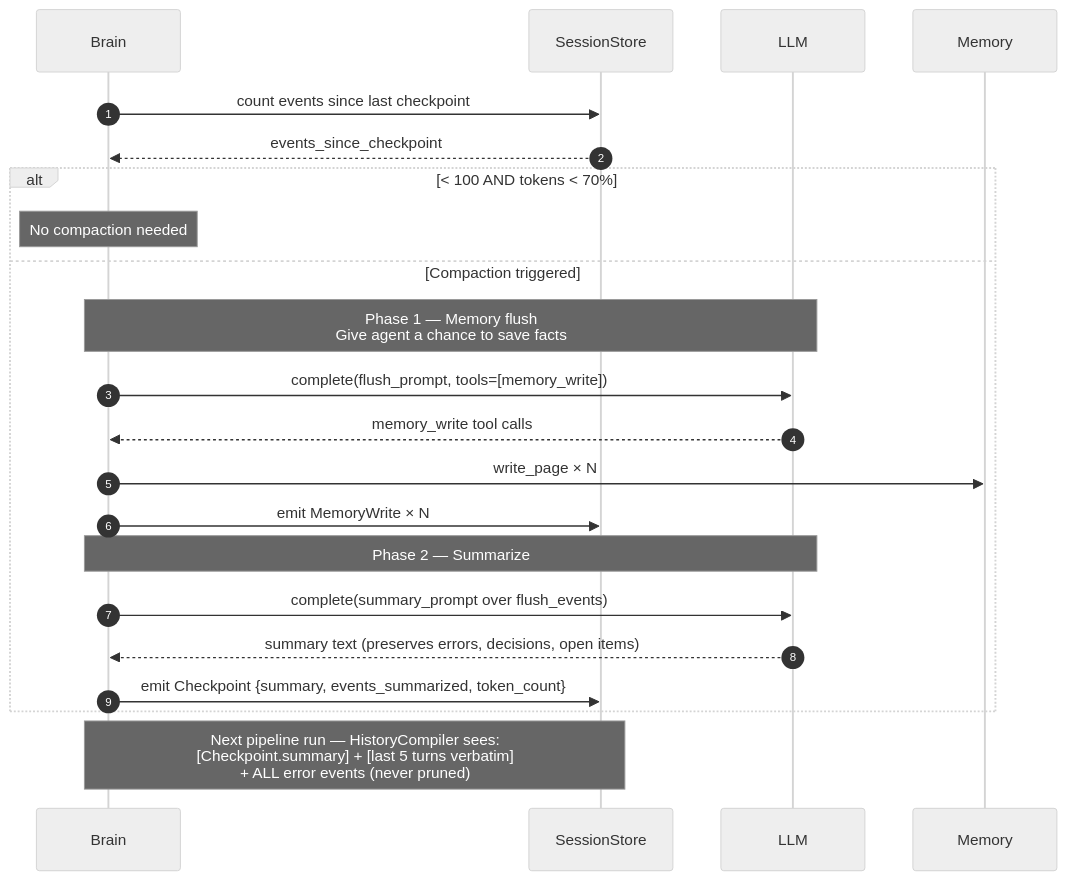
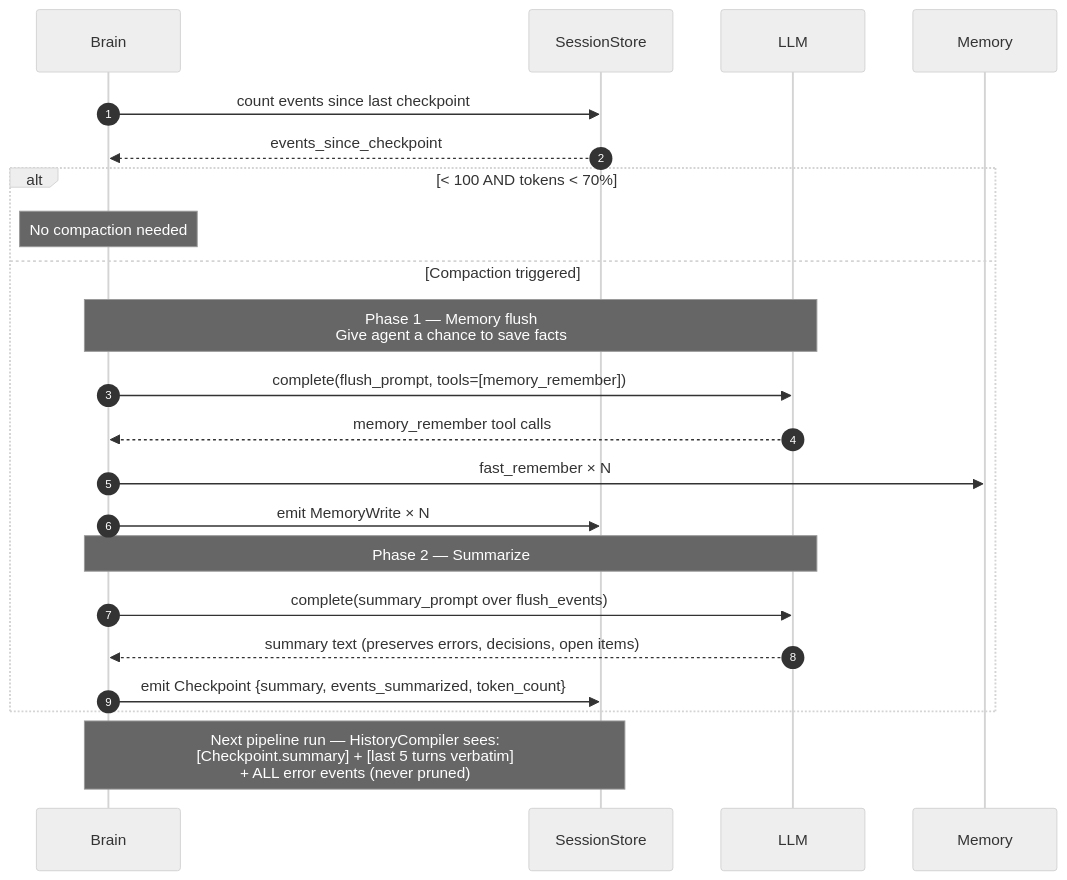
Before and after one commit to hwuiwon/moa: the seventh of 14 diagrams in sequence-diagrams.md, drawn with Mermaid (neutral theme). The commit also changed other lines of this file and 299 other files, not shown here.

````diff
--- a/sequence-diagrams.md
+++ b/sequence-diagrams.md
@@ -338,29 +337,29 @@
 ```mermaid
 sequenceDiagram
     autonumber
     participant Brain
     participant Log as SessionStore
     participant LLM
     participant Memory
 
     Brain->>Log: count events since last checkpoint
     Log-->>Brain: events_since_checkpoint
 
     alt < 100 AND tokens < 70%
         Note over Brain: No compaction needed
     else Compaction triggered
         Note over Brain,LLM: Phase 1 — Memory flush<br/>Give agent a chance to save facts
-        Brain->>LLM: complete(flush_prompt, tools=[memory_write])
-        LLM-->>Brain: memory_write tool calls
-        Brain->>Memory: write_page × N
+        Brain->>LLM: complete(flush_prompt, tools=[memory_remember])
+        LLM-->>Brain: memory_remember tool calls
+        Brain->>Memory: fast_remember × N
         Brain->>Log: emit MemoryWrite × N
 
         Note over Brain,LLM: Phase 2 — Summarize
         Brain->>LLM: complete(summary_prompt over flush_events)
         LLM-->>Brain: summary text (preserves errors, decisions, open items)
 
         Brain->>Log: emit Checkpoint {summary, events_summarized, token_count}
     end
 
     Note over Brain,Log: Next pipeline run — HistoryCompiler sees:<br/>[Checkpoint.summary] + [last 5 turns verbatim]<br/>+ ALL error events (never pruned)
 ```
````
